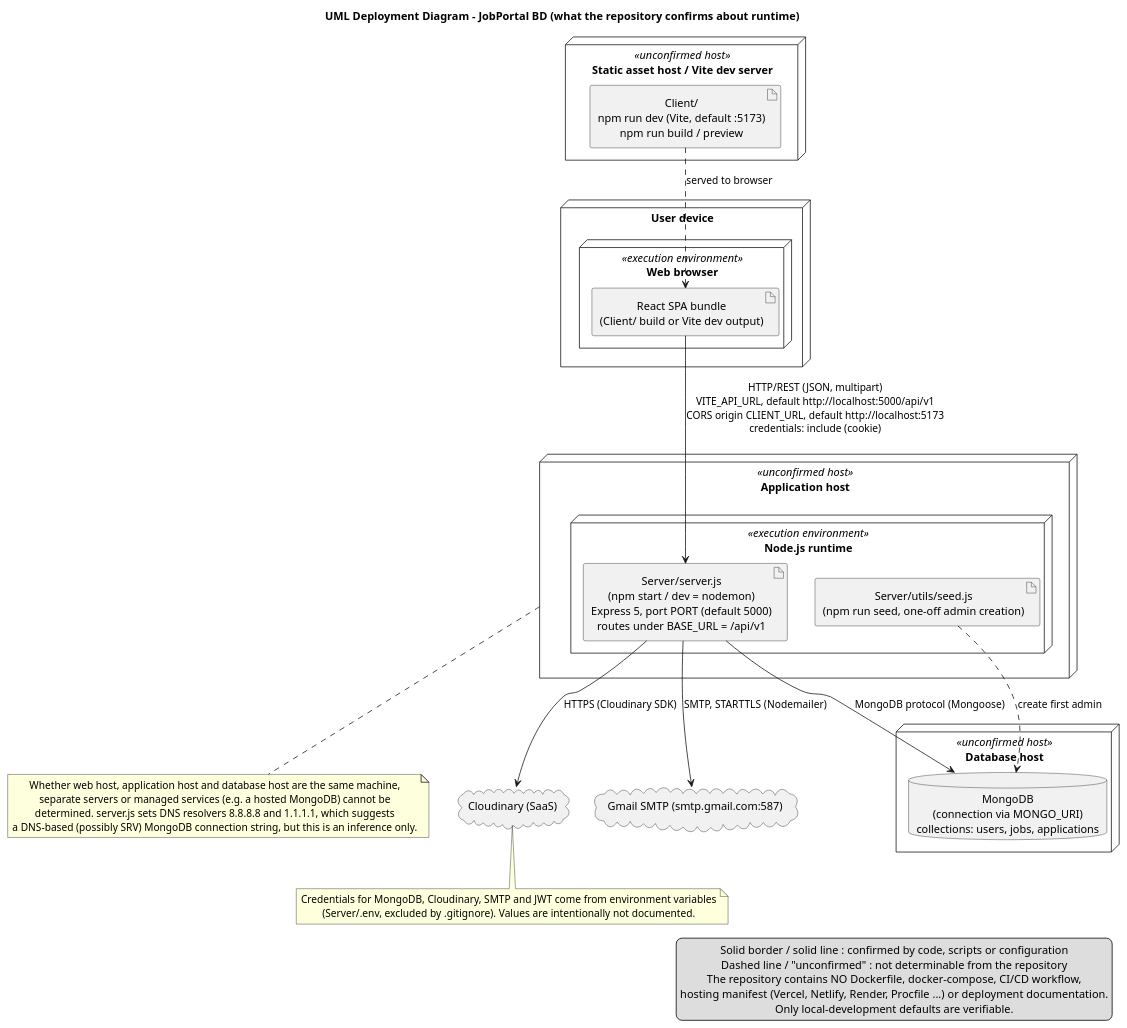
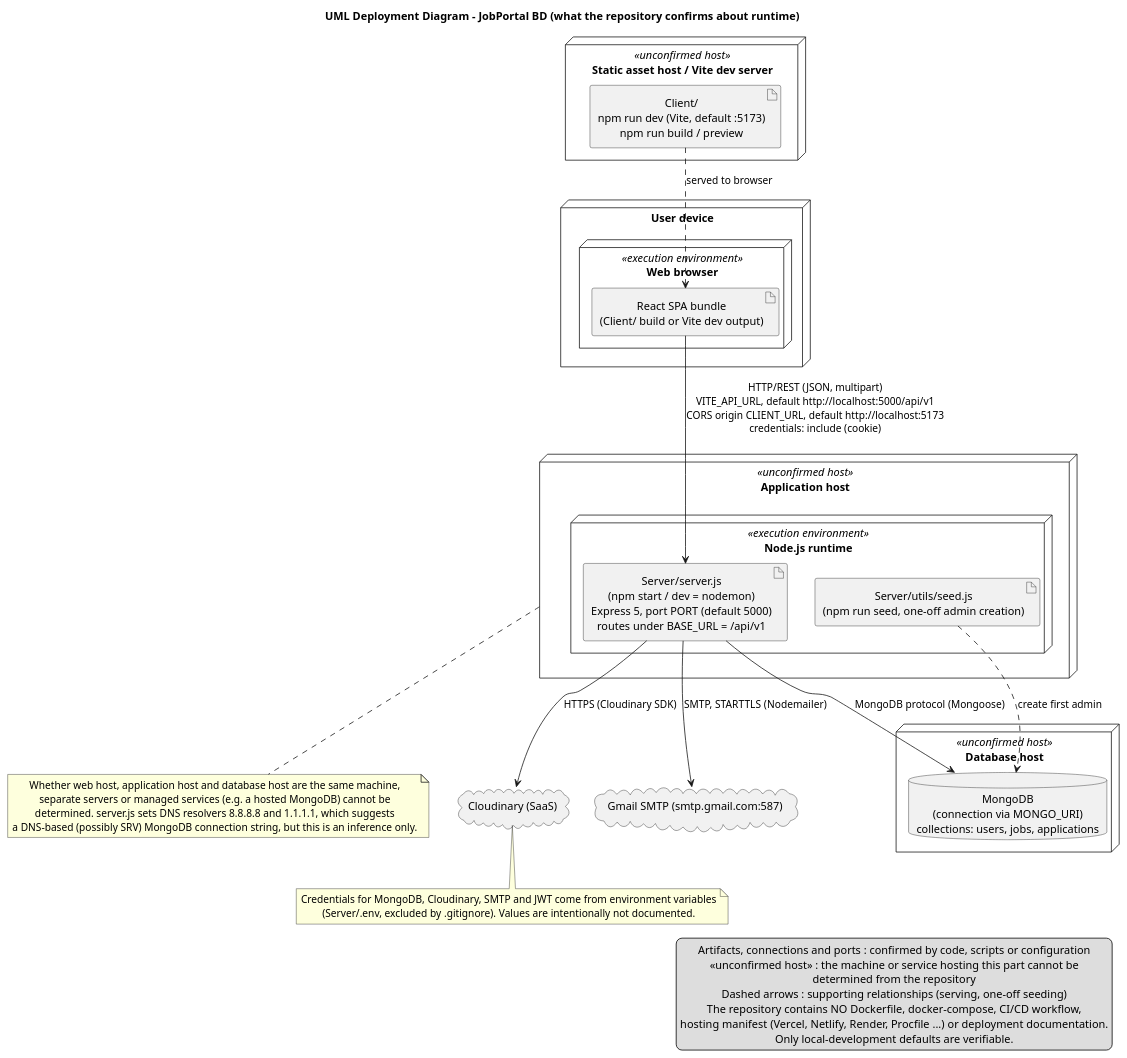
The diagram in docs/diagrams/deployment-diagram.puml (kaushikrajkamal-16/node-2601-exam), drawn with PlantUML before and after one commit. The commit also changed 61 other files, not shown here.

First line of the commit message:
docs: validate, fix and render all diagrams

```diff
--- a/docs/diagrams/deployment-diagram.puml
+++ b/docs/diagrams/deployment-diagram.puml
@@ -1,55 +1,57 @@
 @startuml deployment-diagram
 title UML Deployment Diagram - JobPortal BD (what the repository confirms about runtime)
 skinparam shadowing false
 skinparam defaultTextAlignment center
 
 legend right
-  Solid border / solid line : confirmed by code, scripts or configuration
-  Dashed line / "unconfirmed" : not determinable from the repository
+  Artifacts, connections and ports : confirmed by code, scripts or configuration
+  <<unconfirmed host>> : the machine or service hosting this part cannot be
+  determined from the repository
+  Dashed arrows : supporting relationships (serving, one-off seeding)
   The repository contains NO Dockerfile, docker-compose, CI/CD workflow,
   hosting manifest (Vercel, Netlify, Render, Procfile ...) or deployment documentation.
   Only local-development defaults are verifiable.
 endlegend
 
 node "User device" as device {
   node "Web browser" as browser <<execution environment>> {
     artifact "React SPA bundle\n(Client/ build or Vite dev output)" as spa
   }
 }
 
 node "Static asset host / Vite dev server" as webhost <<unconfirmed host>> {
   artifact "Client/\nnpm run dev (Vite, default :5173)\nnpm run build / preview" as clientsrc
 }
 
 node "Application host" as apphost <<unconfirmed host>> {
   node "Node.js runtime" as nodert <<execution environment>> {
     artifact "Server/server.js\n(npm start / dev = nodemon)\nExpress 5, port PORT (default 5000)\nroutes under BASE_URL = /api/v1" as api
     artifact "Server/utils/seed.js\n(npm run seed, one-off admin creation)" as seed
   }
 }
 
 node "Database host" as dbhost <<unconfirmed host>> {
   database "MongoDB\n(connection via MONGO_URI)\ncollections: users, jobs, applications" as mongo
 }
 
 cloud "Cloudinary (SaaS)" as cloud
 cloud "Gmail SMTP (smtp.gmail.com:587)" as smtp
 
 clientsrc ..> spa : served to browser
 spa --> api : HTTP/REST (JSON, multipart)\nVITE_API_URL, default http://localhost:5000/api/v1\nCORS origin CLIENT_URL, default http://localhost:5173\ncredentials: include (cookie)
 api --> mongo : MongoDB protocol (Mongoose)
 seed ..> mongo : create first admin
 api --> cloud : HTTPS (Cloudinary SDK)
 api --> smtp : SMTP, STARTTLS (Nodemailer)
 
 note bottom of apphost
   Whether web host, application host and database host are the same machine,
   separate servers or managed services (e.g. a hosted MongoDB) cannot be
   determined. server.js sets DNS resolvers 8.8.8.8 and 1.1.1.1, which suggests
   a DNS-based (possibly SRV) MongoDB connection string, but this is an inference only.
 end note
 note bottom of cloud
   Credentials for MongoDB, Cloudinary, SMTP and JWT come from environment variables
   (Server/.env, excluded by .gitignore). Values are intentionally not documented.
 end note
 @enduml
```
